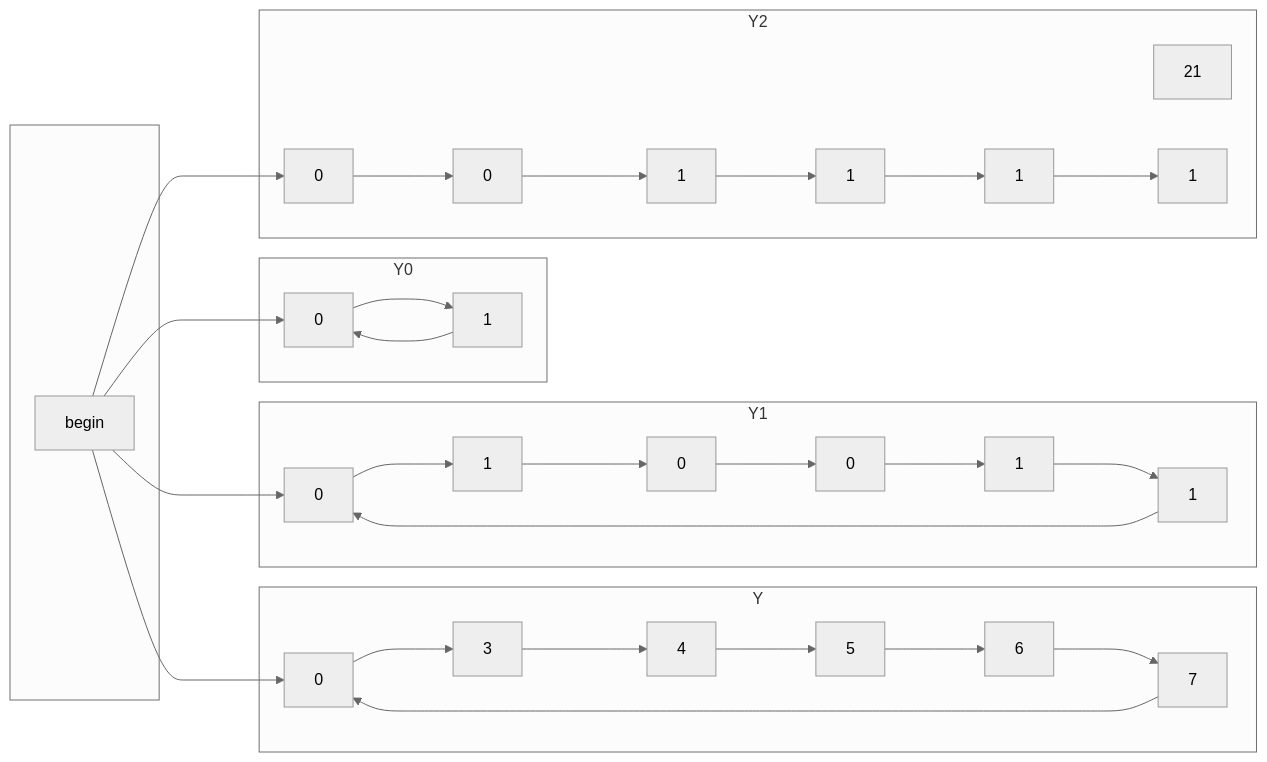
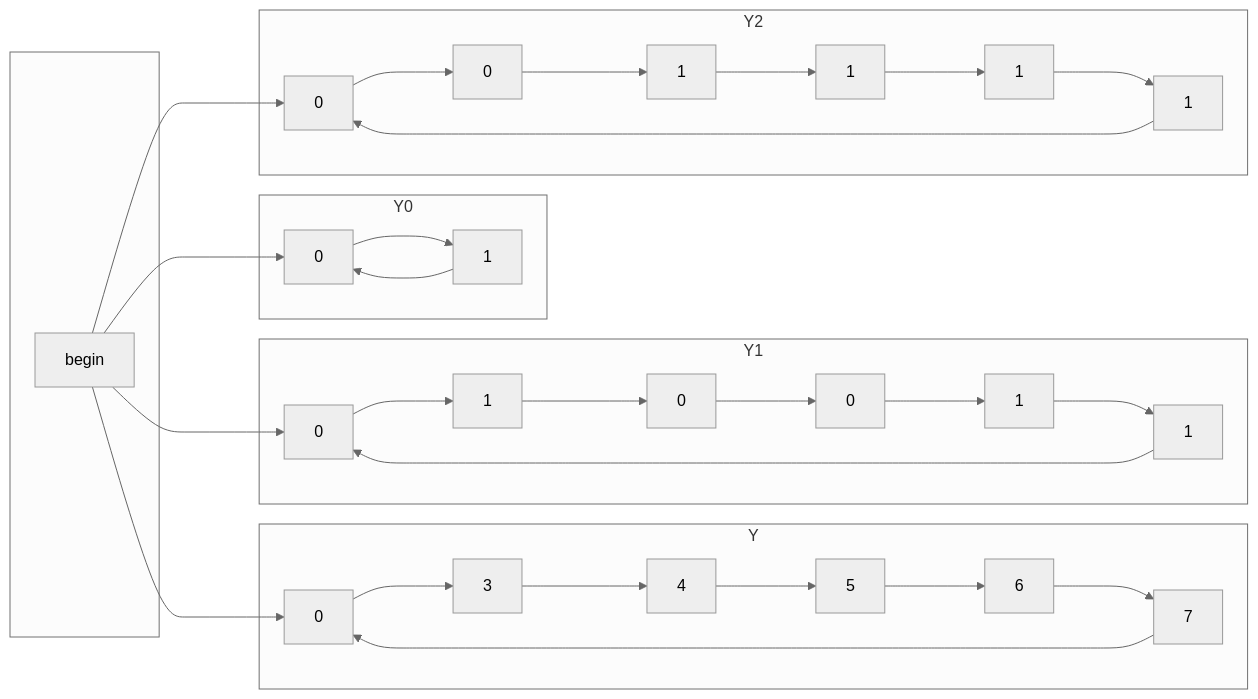
The fourth of 5 diagrams in CSDS 281 - Logic Design/HW/8/Tables.md (tnichols217/notes), drawn with Mermaid (neutral theme) before and after one commit.

Commit message:
vault backup: 2024-04-03 23:45:54

````diff
--- a/CSDS 281 - Logic Design/HW/8/Tables.md
+++ b/CSDS 281 - Logic Design/HW/8/Tables.md
@@ -113,38 +113,38 @@
 ```mermaid
 flowchart LR
 subgraph " "
 	begin
 end
 subgraph Y
 	begin ---> 0
 	0 ---> 3
 	3 ---> 4
 	4 ---> 5
 	5 ---> 6
 	6 ---> 7
 	7 ---> 0
 end
 subgraph Y0
 	begin ---> 00[0]
 	00 ---> 01[1]
 	01 ---> 00
 end
 subgraph Y1
 	begin ---> 101[0]
 	101 ---> 111[1]
 	111 ---> 102[0]
 	102 ---> 103[0]
 	103 ---> 112[1]
 	112 ---> 113[1]
 	113 ---> 101
 end
 subgraph Y2
 	begin ---> 201[0]
 	201 ---> 202[0]
 	202 ---> 211[1]
 	211 ---> 212[1]
 	212 ---> 213[1]
 	213 ---> 214[1]
-	21
+	214 ---> 201
 end
 ```
````
